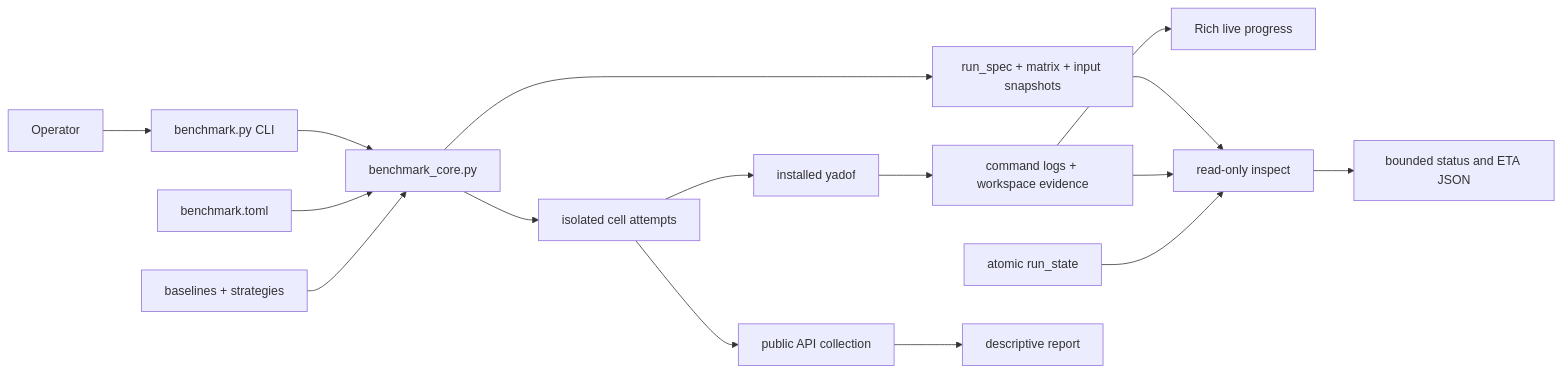
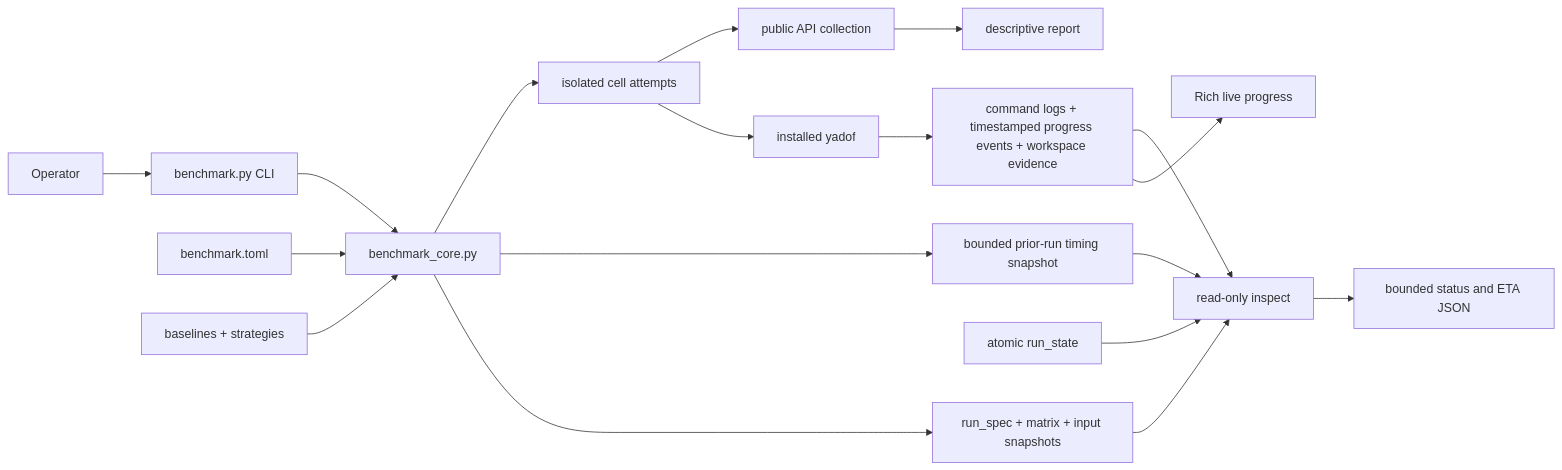
One commit to YS-Pan/yadof changed the diagram in benchmark_automation/dev_doc/architecture/c4_container.md. Above: the diagram before and after it, drawn with Mermaid. The commit also changed other lines of this file and 22 other files, not shown here.

Commit message:
Improve benchmark ETA with matched timing history

````diff
--- a/benchmark_automation/dev_doc/architecture/c4_container.md
+++ b/benchmark_automation/dev_doc/architecture/c4_container.md
@@ -3,18 +3,20 @@
 ```mermaid
 flowchart LR
     Operator --> CLI[benchmark.py CLI]
     CLI --> Core[benchmark_core.py]
     Config[benchmark.toml] --> Core
     Inputs[baselines + strategies] --> Core
     Core --> Spec[run_spec + matrix + input snapshots]
+    Core --> TimingHistory[bounded prior-run timing snapshot]
     Core --> Cells[isolated cell attempts]
     Cells --> Yadof[installed yadof]
-    Yadof --> Logs[command logs + workspace evidence]
+    Yadof --> Logs[command logs + timestamped progress events + workspace evidence]
     Logs --> Progress[Rich live progress]
     Spec --> Inspect[read-only inspect]
+    TimingHistory --> Inspect
     Logs --> Inspect
     State[atomic run_state] --> Inspect
     Inspect --> ETA[bounded status and ETA JSON]
     Cells --> Collect[public API collection]
     Collect --> Report[descriptive report]
 ```
````
